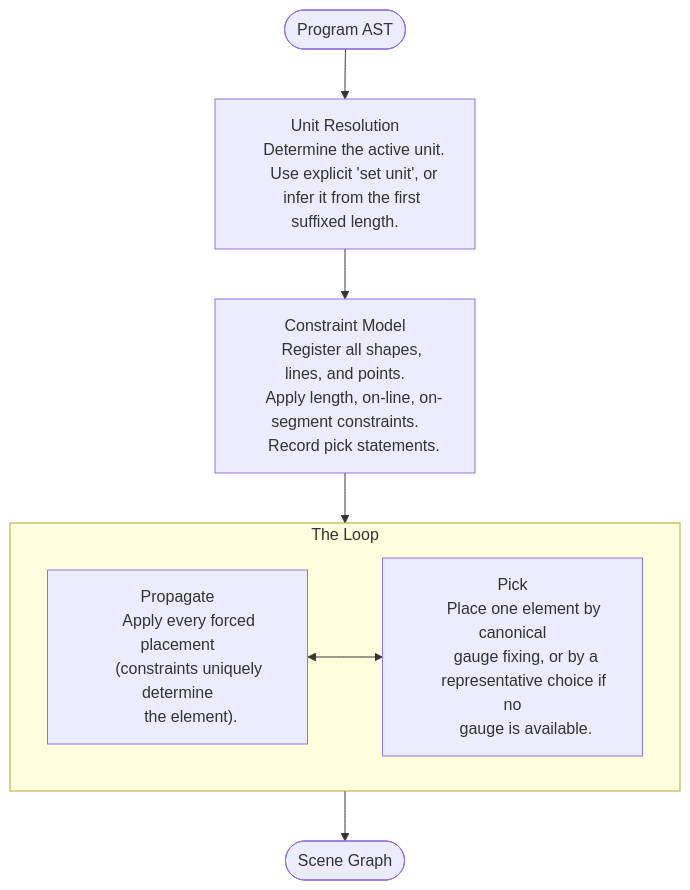
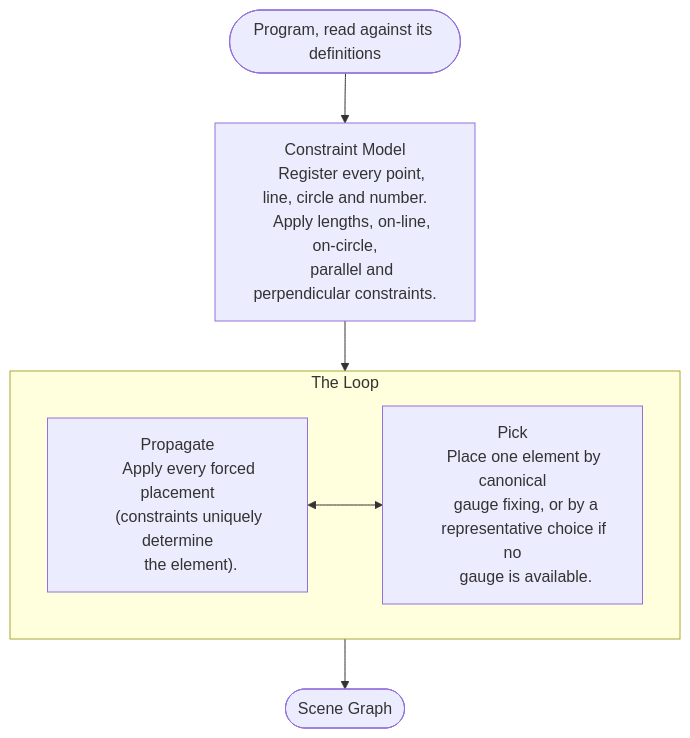
The diagram in docs/solver/index.md (hey-its-suvi/tilde), drawn with Mermaid before and after one commit. The commit also changed other lines of this file and 17 other files, not shown here.

````diff
--- a/docs/solver/index.md
+++ b/docs/solver/index.md
@@ -11,35 +14,28 @@
 ```mermaid
 flowchart TD
-    A([Program AST]) --> P0
-
-    P0["Unit Resolution
-    Determine the active unit.
-    Use explicit 'set unit', or
-    infer it from the first suffixed length."]
-
-    P0 --> P1
+    A([Program, read against its definitions]) --> P1
 
     P1["Constraint Model
-    Register all shapes, lines, and points.
-    Apply length, on-line, on-segment constraints.
-    Record pick statements."]
+    Register every point, line, circle and number.
+    Apply lengths, on-line, on-circle,
+    parallel and perpendicular constraints."]
 
     P1 --> L
 
     subgraph L ["The Loop"]
       direction LR
       PROP["Propagate
       Apply every forced placement
       (constraints uniquely determine
       the element)."]
       PICK["Pick
       Place one element by canonical
       gauge fixing, or by a
       representative choice if no
       gauge is available."]
       PROP <--> PICK
     end
 
     L --> OUT
     OUT([Scene Graph])
 ```
````
